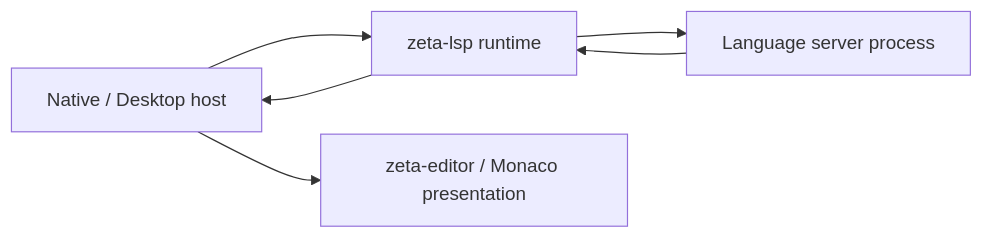
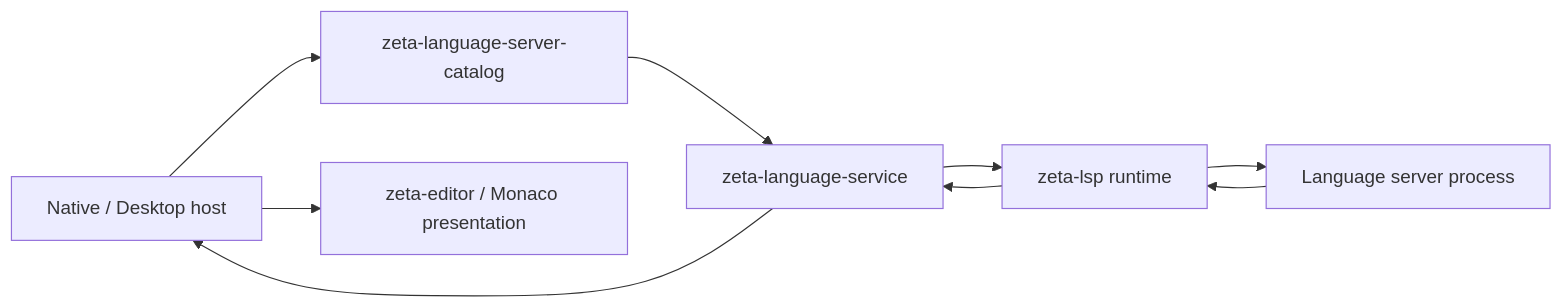
One commit to chogng/zeta changed the diagram in docs/lsp.md. Above: the diagram before and after it, drawn with Mermaid. The commit also changed other lines of this file and 1 other file, not shown here.

First line of the commit message:
docs(architecture): document editor language boundaries

````diff
--- a/docs/lsp.md
+++ b/docs/lsp.md
@@ -25,8 +33,11 @@
 ```mermaid
 flowchart LR
-    Host["Native / Desktop host"] --> Runtime["zeta-lsp runtime"]
+    Host["Native / Desktop host"] --> Catalog["zeta-language-server-catalog"]
+    Catalog --> Service["zeta-language-service"]
+    Service --> Runtime["zeta-lsp runtime"]
     Runtime --> Server["Language server process"]
     Server --> Runtime
-    Runtime --> Host
+    Runtime --> Service
+    Service --> Host
     Host --> Editor["zeta-editor / Monaco presentation"]
 ```
````
